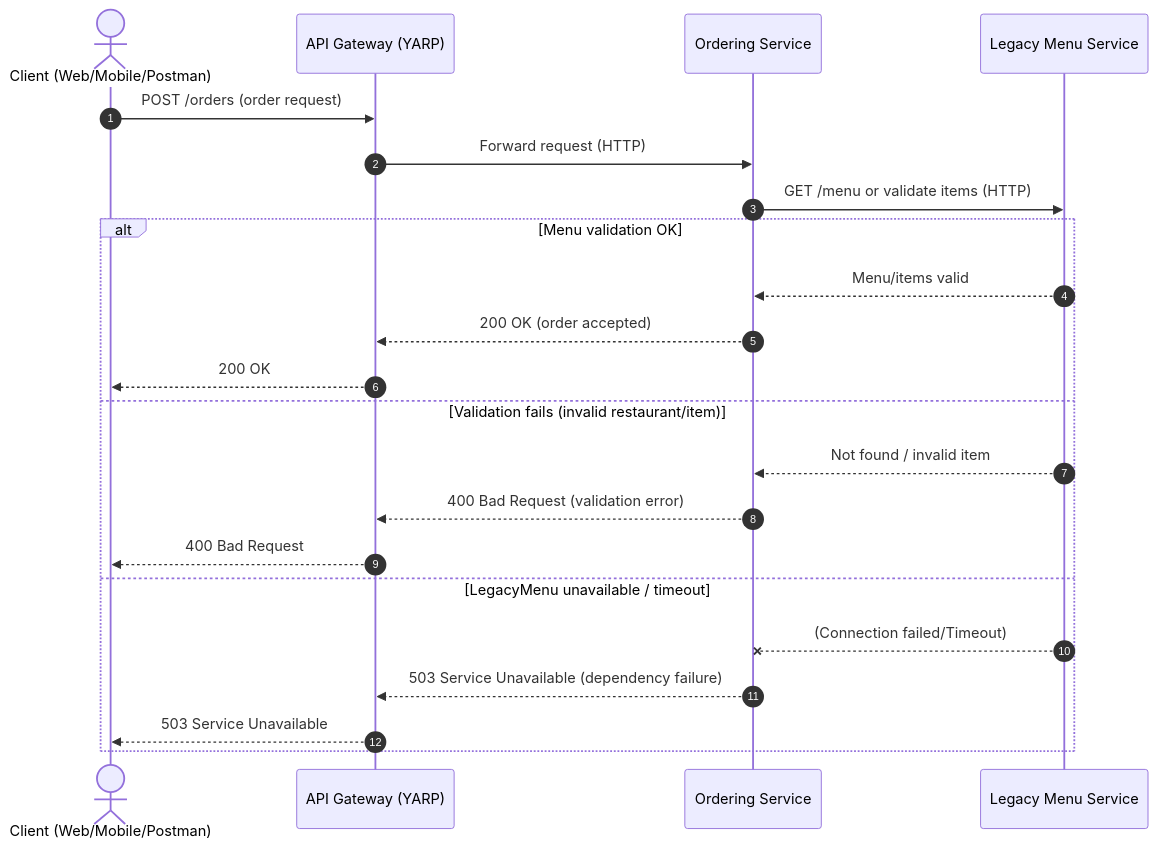
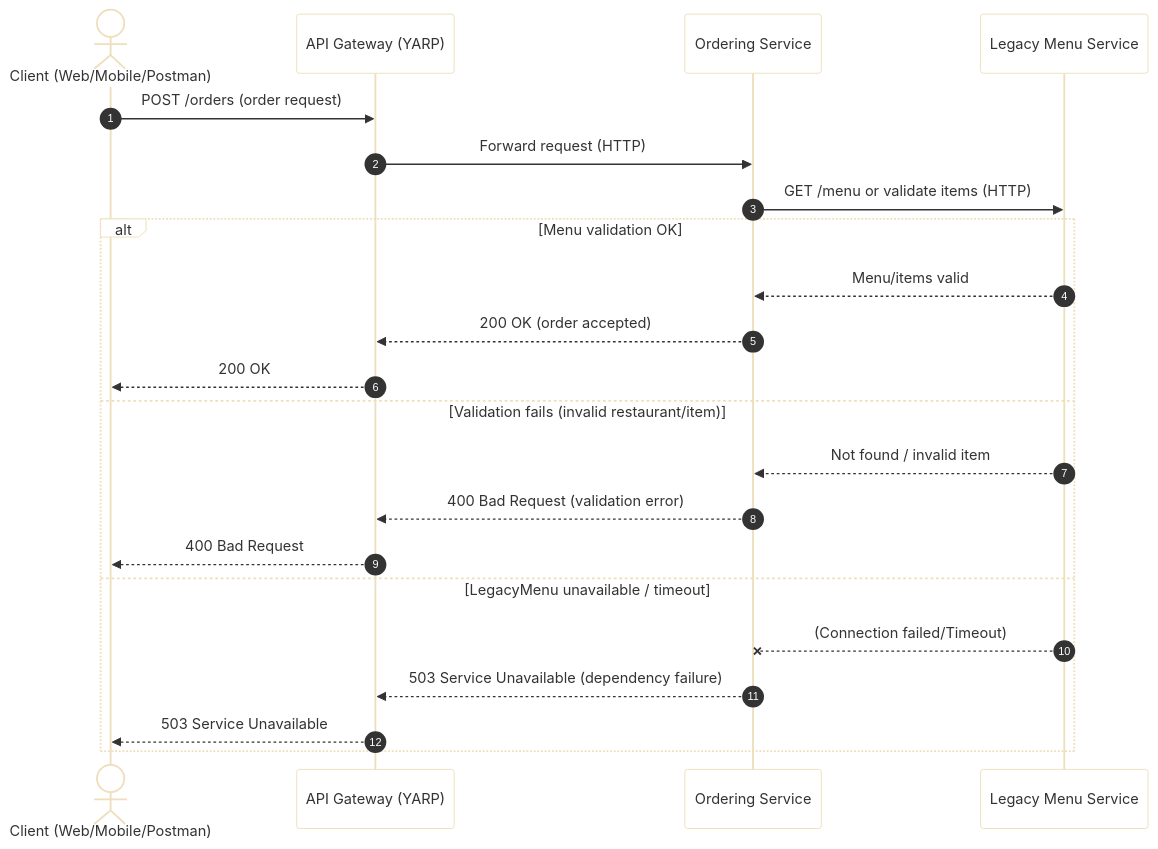
One commit to VivekNagra/mtogo-final-exam changed the diagram in docs/diagrams/sequence-order-flow.mmd. Above: the diagram before and after it, drawn with Mermaid.

Commit message:
Add background for sequence order flow diagram

```diff
--- a/docs/diagrams/sequence-order-flow.mmd
+++ b/docs/diagrams/sequence-order-flow.mmd
@@ -1,25 +1,26 @@
+%%{init: { 'theme': 'base', 'themeVariables': { 'background': '#ffffff', 'mainBkg': '#ffffff', 'actorBkg': '#ffffff', 'signalColor': '#333333', 'textColor': '#333333', 'noteBkgColor': '#ffffff'} } }%%
 sequenceDiagram
   autonumber
   actor Client as Client (Web/Mobile/Postman)
   participant GW as API Gateway (YARP)
   participant ORD as Ordering Service
   participant MENU as Legacy Menu Service
 
   Client->>GW: POST /orders (order request)
   GW->>ORD: Forward request (HTTP)
 
   ORD->>MENU: GET /menu or validate items (HTTP)
   
   alt Menu validation OK
     MENU-->>ORD: Menu/items valid
     ORD-->>GW: 200 OK (order accepted)
     GW-->>Client: 200 OK
   else Validation fails (invalid restaurant/item)
     MENU-->>ORD: Not found / invalid item
     ORD-->>GW: 400 Bad Request (validation error)
     GW-->>Client: 400 Bad Request
   else LegacyMenu unavailable / timeout
     MENU--xORD: (Connection failed/Timeout)
     ORD-->>GW: 503 Service Unavailable (dependency failure)
     GW-->>Client: 503 Service Unavailable
   end
```
